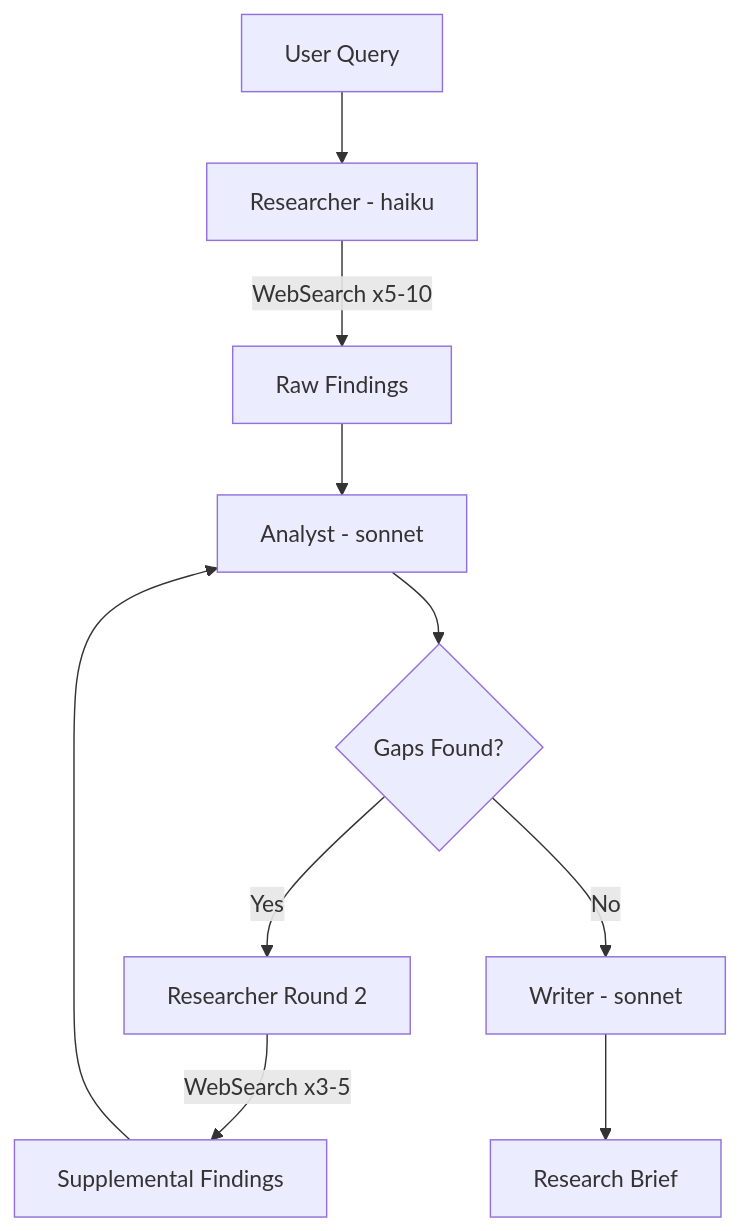
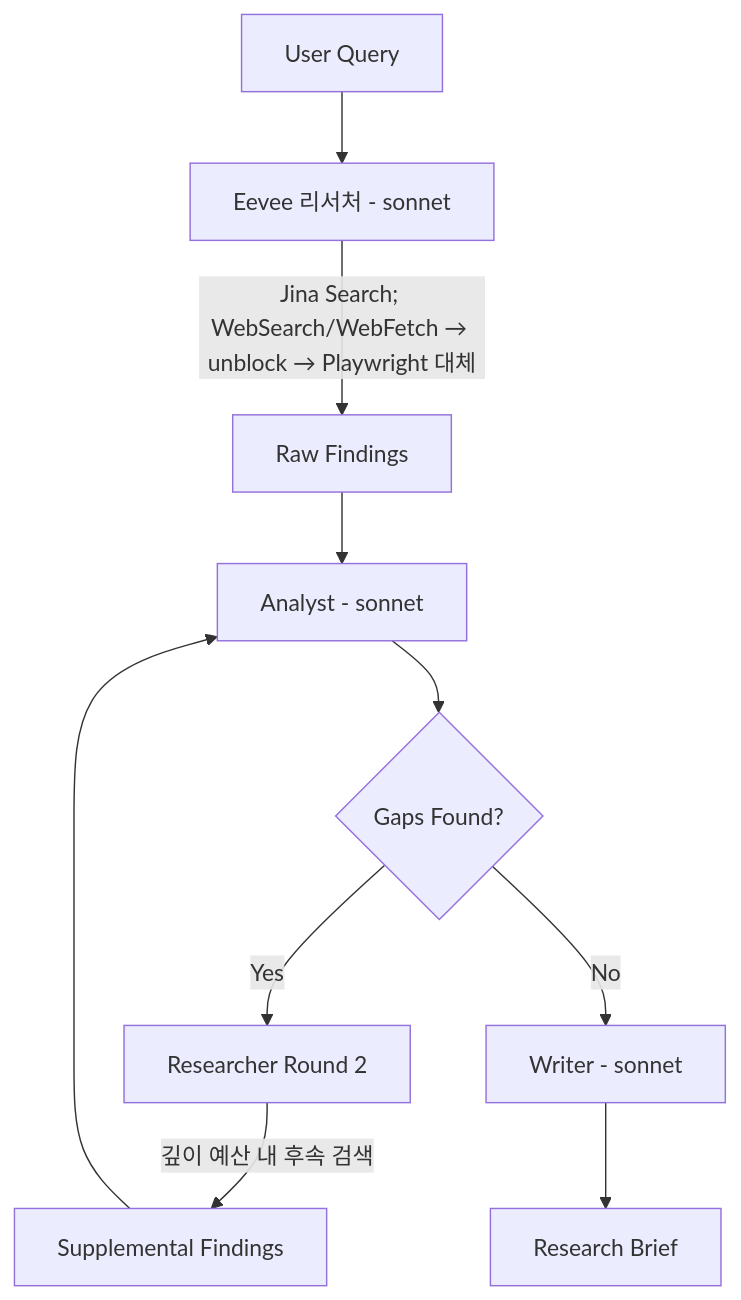
One commit to unclejobs-ai/second-claude-code changed the diagram in docs/skills/research.ko.md. Above: the diagram before and after it, drawn with Mermaid. The commit also changed other lines of this file and 147 other files, not shown here.

````diff
--- a/docs/skills/research.ko.md
+++ b/docs/skills/research.ko.md
@@ -55,12 +66,12 @@
 ```mermaid
 graph TD
-    A[User Query] --> B[Researcher - haiku]
-    B -->|WebSearch x5-10| C[Raw Findings]
+    A[User Query] --> B[Eevee 리서처 - sonnet]
+    B -->|Jina Search; WebSearch/WebFetch → unblock → Playwright 대체| C[Raw Findings]
     C --> D[Analyst - sonnet]
     D --> E{Gaps Found?}
     E -->|Yes| F[Researcher Round 2]
-    F -->|WebSearch x3-5| G[Supplemental Findings]
+    F -->|깊이 예산 내 후속 검색| G[Supplemental Findings]
     G --> D
     E -->|No| H[Writer - sonnet]
     H --> I[Research Brief]
 ```
````
